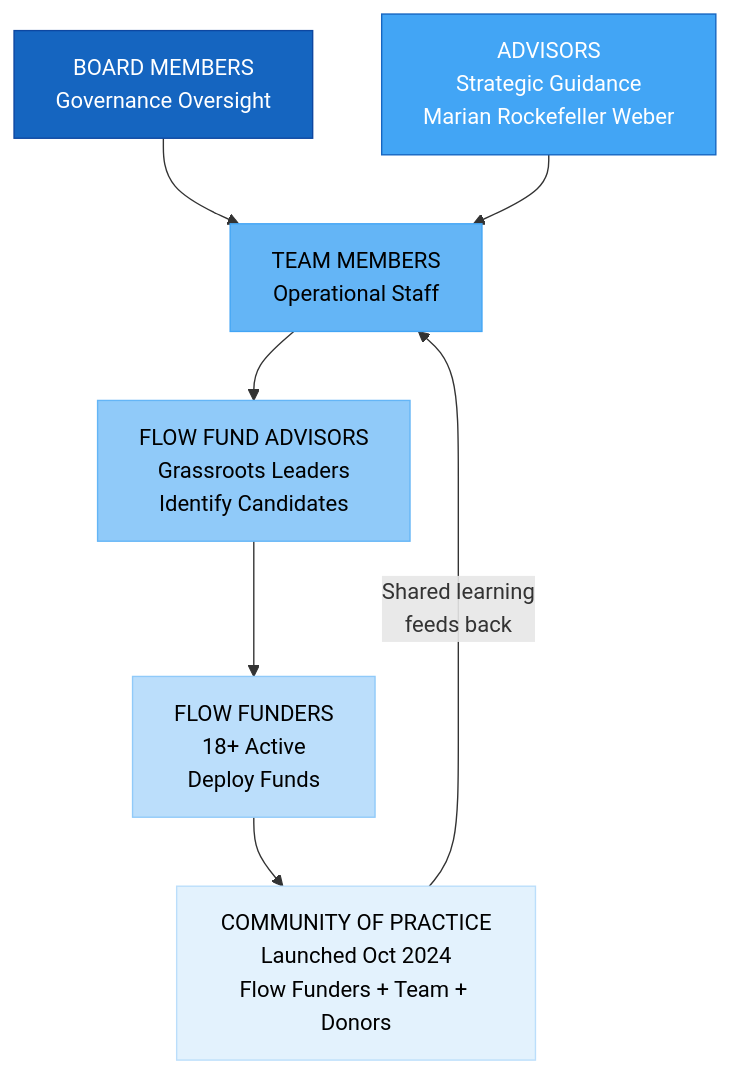
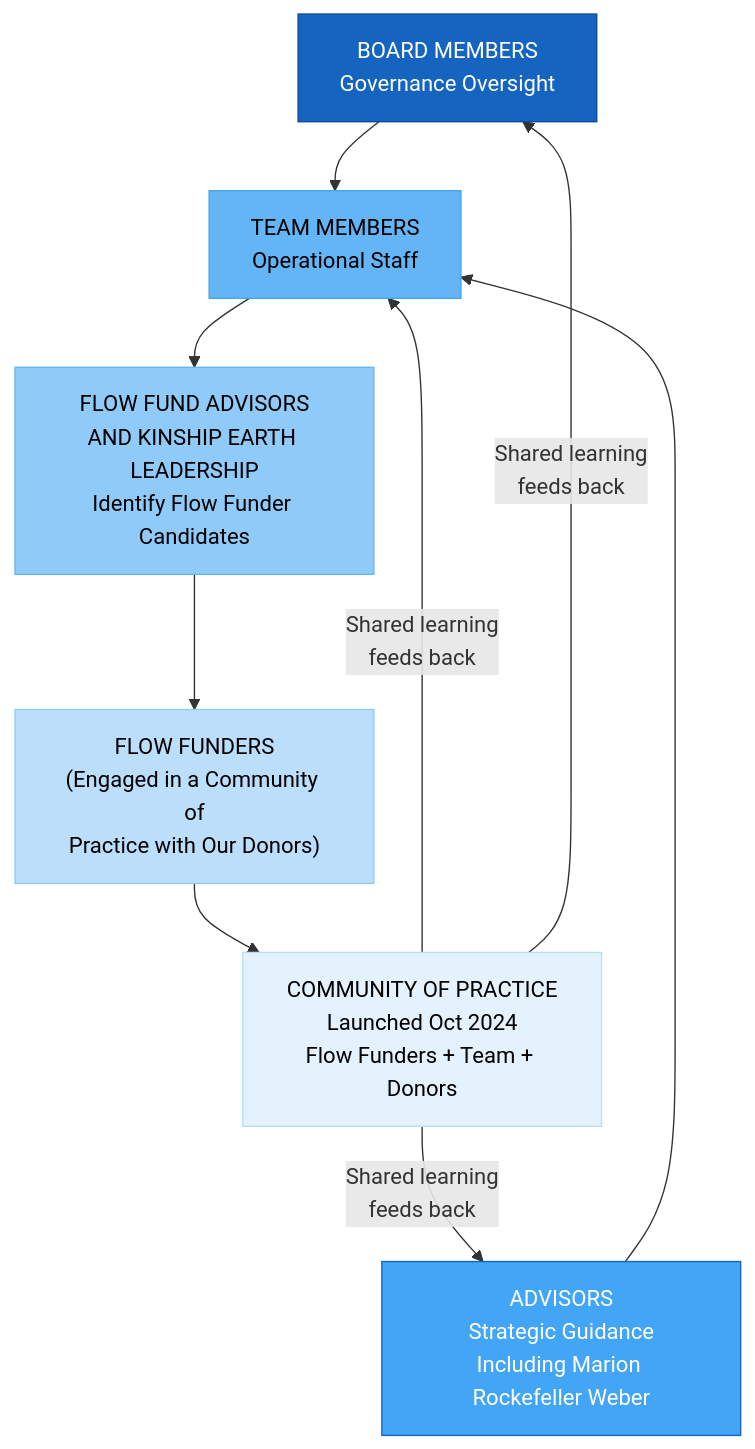
One commit to Light-Brands/sydney changed the third of 4 diagrams in kinship-earth/EXECUTIVE-SUMMARY.md. Above: the diagram before and after it, drawn with Mermaid. The commit also changed other lines of this file, not shown here.

First line of the commit message:
Update Kinship Earth Executive Summary with latest organizational data

````diff
--- a/kinship-earth/EXECUTIVE-SUMMARY.md
+++ b/kinship-earth/EXECUTIVE-SUMMARY.md
@@ -169,23 +172,25 @@
 ```mermaid
 flowchart TD
     BOARD["BOARD MEMBERS<br/>Governance Oversight"]
-    ADV["ADVISORS<br/>Strategic Guidance<br/>Marian Rockefeller Weber"]
+    ADV["ADVISORS<br/>Strategic Guidance<br/>Including Marion Rockefeller Weber"]
     TEAM["TEAM MEMBERS<br/>Operational Staff"]
-    FFA["FLOW FUND ADVISORS<br/>Grassroots Leaders<br/>Identify Candidates"]
-    FF["FLOW FUNDERS<br/>18+ Active<br/>Deploy Funds"]
+    FFA["FLOW FUND ADVISORS<br/>AND KINSHIP EARTH LEADERSHIP<br/>Identify Flow Funder Candidates"]
+    FF["FLOW FUNDERS<br/>(Engaged in a Community of<br/>Practice with Our Donors)"]
     COP["COMMUNITY OF PRACTICE<br/>Launched Oct 2024<br/>Flow Funders + Team + Donors"]
 
     BOARD --> TEAM
     ADV --> TEAM
     TEAM --> FFA
     FFA --> FF
     FF --> COP
     COP -->|"Shared learning<br/>feeds back"| TEAM
+    COP -->|"Shared learning<br/>feeds back"| BOARD
+    COP -->|"Shared learning<br/>feeds back"| ADV
 
     style BOARD fill:#1565C0,stroke:#0D47A1,color:#fff
     style ADV fill:#42A5F5,stroke:#1565C0,color:#fff
     style TEAM fill:#64B5F6,stroke:#42A5F5,color:#000
     style FFA fill:#90CAF9,stroke:#64B5F6,color:#000
     style FF fill:#BBDEFB,stroke:#90CAF9,color:#000
     style COP fill:#E3F2FD,stroke:#BBDEFB,color:#000
 ```
````
